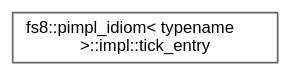
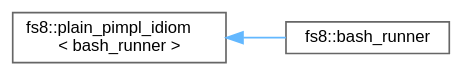
One commit to the-moisrex/foresight changed the diagram in api/inherit_graph_107.dot. Above: the diagram before and after it, drawn with Graphviz. The commit also changed 165 other files, not shown here.

```diff
--- a/api/inherit_graph_107.dot
+++ b/api/inherit_graph_107.dot
@@ -1,9 +1,11 @@
 digraph "Graphical Class Hierarchy"
 {
  // LATEX_PDF_SIZE
   bgcolor="transparent";
   edge [fontname=Helvetica,fontsize=10,labelfontname=Helvetica,labelfontsize=10];
   node [fontname=Helvetica,fontsize=10,shape=box,height=0.2,width=0.4];
   rankdir="LR";
-  Node0 [id="Node000000",label="fs8::pimpl_idiom\< typename\l \>::impl::tick_entry",height=0.2,width=0.4,color="grey40", fillcolor="white", style="filled",URL="$structfs8_1_1pimpl__idiom_1_1impl_1_1tick__entry.html",tooltip=" "];
+  Node0 [id="Node000000",label="fs8::plain_pimpl_idiom\l\< bash_runner \>",height=0.2,width=0.4,color="grey40", fillcolor="white", style="filled",URL="$structfs8_1_1plain__pimpl__idiom.html",tooltip=" "];
+  Node0 -> Node1 [id="edge135_Node000000_Node000001",dir="back",color="steelblue1",style="solid",tooltip=" "];
+  Node1 [id="Node000001",label="fs8::bash_runner",height=0.2,width=0.4,color="grey40", fillcolor="white", style="filled",URL="$structfs8_1_1bash__runner.html",tooltip=" "];
 }
```
